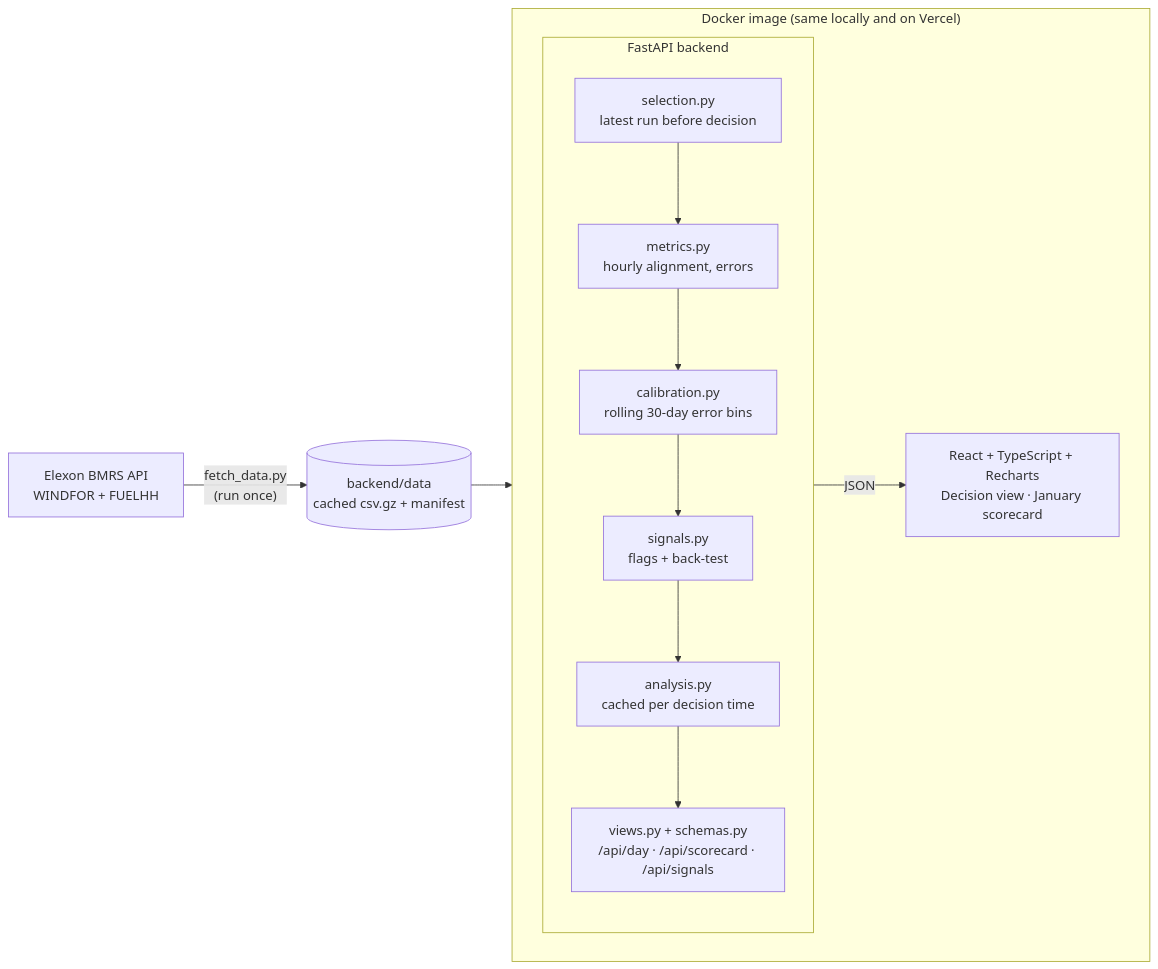
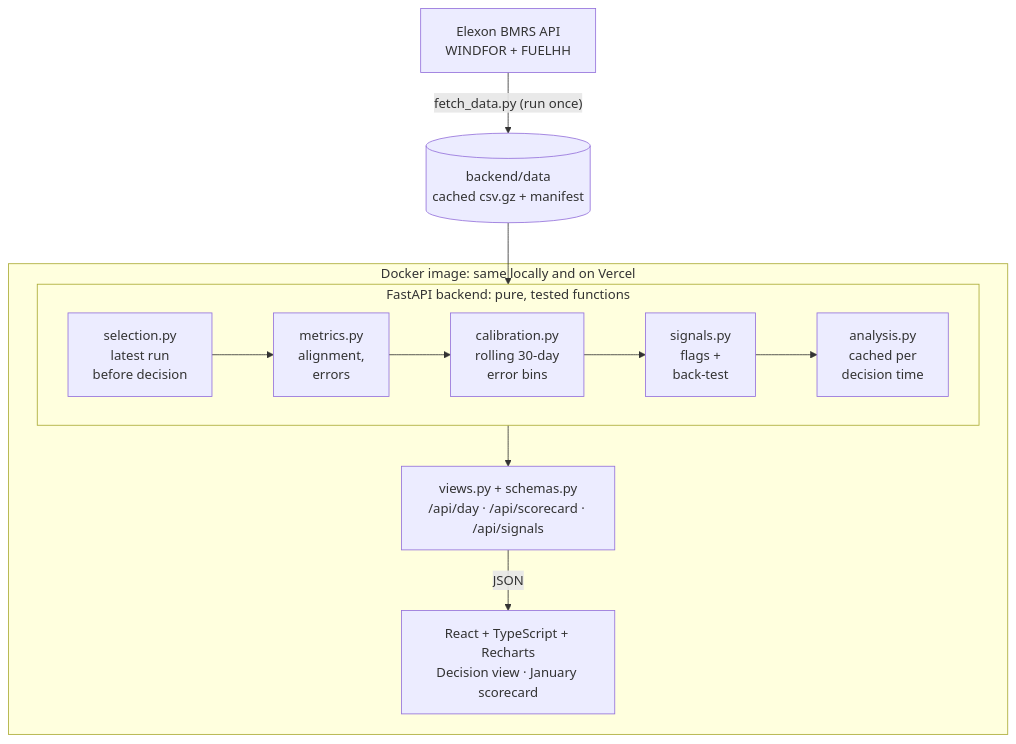
Before and after one commit to XZNON/qv7rkz: the diagram in README.md, drawn with Mermaid.

Commit message:
Make architecture diagram fit the README width

````diff
--- a/README.md
+++ b/README.md
@@ -90,20 +90,17 @@
 ```mermaid
-flowchart LR
-    E["Elexon BMRS API<br/>WINDFOR + FUELHH"] -- "fetch_data.py<br/>(run once)" --> D[("backend/data<br/>cached csv.gz + manifest")]
+flowchart TB
+    E["Elexon BMRS API<br/>WINDFOR + FUELHH"] -- "fetch_data.py (run once)" --> D[("backend/data<br/>cached csv.gz + manifest")]
+    D --> S
 
-    subgraph IMG["Docker image (same locally and on Vercel)"]
-        direction LR
-        subgraph BE["FastAPI backend"]
-            direction TB
-            S["selection.py<br/>latest run before decision"] --> M["metrics.py<br/>hourly alignment, errors"]
-            M --> C["calibration.py<br/>rolling 30-day error bins"]
-            C --> G["signals.py<br/>flags + back-test"]
-            G --> A["analysis.py<br/>cached per decision time"]
-            A --> V["views.py + schemas.py<br/>/api/day · /api/scorecard · /api/signals"]
+    subgraph IMG["Docker image: same locally and on Vercel"]
+        subgraph BE["FastAPI backend: pure, tested functions"]
+            direction LR
+            S["selection.py<br/>latest run<br/>before decision"] --> M["metrics.py<br/>alignment,<br/>errors"]
+            M --> C["calibration.py<br/>rolling 30-day<br/>error bins"]
+            C --> G["signals.py<br/>flags +<br/>back-test"]
+            G --> A["analysis.py<br/>cached per<br/>decision time"]
         end
-        UI["React + TypeScript + Recharts<br/>Decision view · January scorecard"]
+        A --> V["views.py + schemas.py<br/>/api/day · /api/scorecard · /api/signals"]
+        V -- "JSON" --> UI["React + TypeScript + Recharts<br/>Decision view · January scorecard"]
     end
-
-    D --> S
-    V -- "JSON" --> UI
 ```
````
